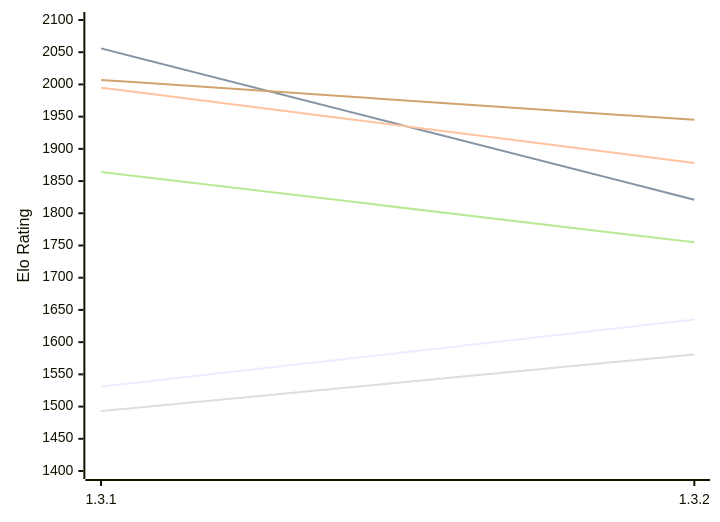
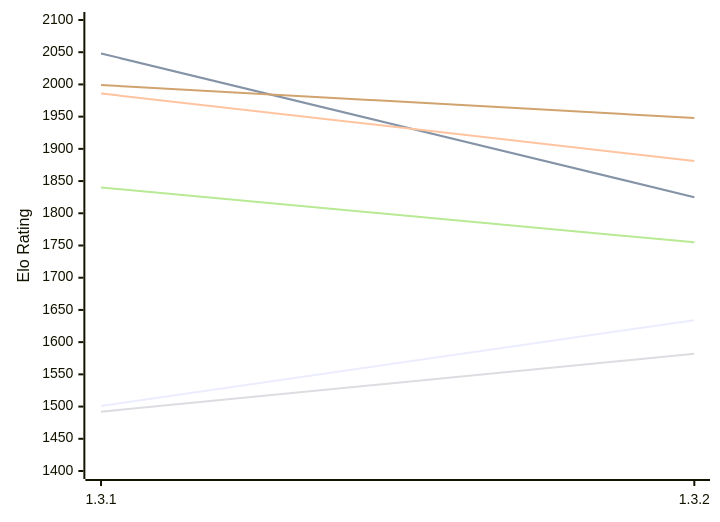
The first of 2 diagrams in engines/Zugblitz.md (computer-chess-index/cci), drawn with Mermaid before and after one commit. The commit also changed other lines of this file, not shown here.

Commit message:
Update CCI Ratings (ELO VLTC) - 2026-11-16

````diff
--- a/engines/Zugblitz.md
+++ b/engines/Zugblitz.md
@@ -50,12 +50,12 @@
 ```mermaid
 %%{init: {"theme":"base","themeVariables":{"seriesColors:['#a3a3a3','#222221','#faa371']}}}%%
 xychart-beta
   x-axis ["1.3.1", "1.3.2"]
   y-axis "Elo Rating" 1400 --> 2100
-  line "E1: STC (8.0+0.08s)" [1531, 1635]
-  line "E1: LTC (60.0+0.60s)" [2056, 1821]
-  line "E1: VLTC (2m24s+1.12s)" [1995, 1878]
-  line "P1: STC (8.0+0.08s)" [1493, 1581]
-  line "P1: LTC (60.0+0.60s)" [1864, 1755]
-  line "P1: VLTC (2m24s+1.12s)" [2007, 1945]
+  line "E1: STC (8.0+0.08s)" [1501, 1634]
+  line "E1: LTC (60.0+0.60s)" [2048, 1825]
+  line "E1: VLTC (2m24s+1.12s)" [1986, 1881]
+  line "P1: STC (8.0+0.08s)" [1492, 1582]
+  line "P1: LTC (60.0+0.60s)" [1840, 1755]
+  line "P1: VLTC (2m24s+1.12s)" [1999, 1948]
 ```
````
